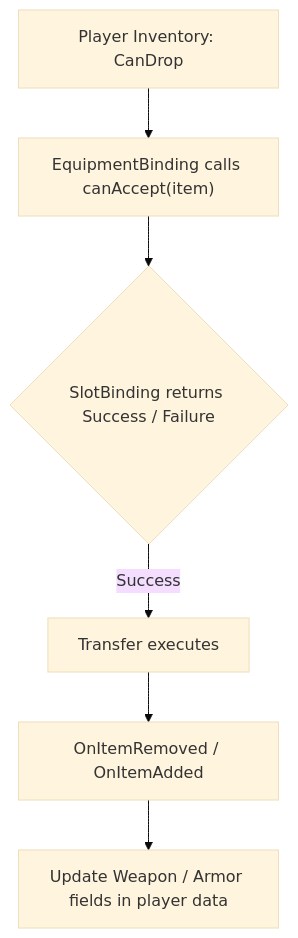
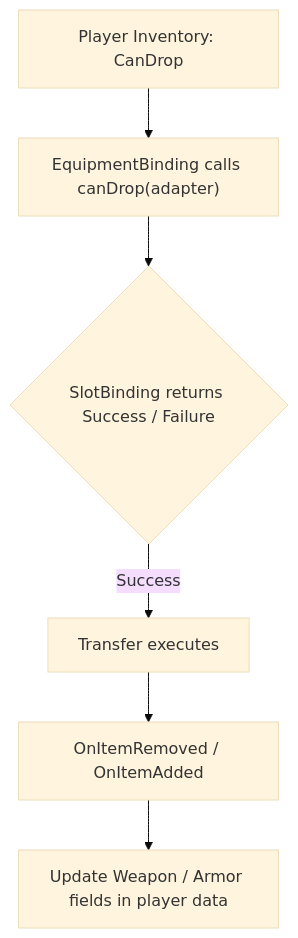
The third of 3 diagrams in .docs/content/examples/equipment.en.md (SergeevSergey99/DragAndDropSystem-Docs), drawn with Mermaid (base theme) before and after one commit. The commit also changed other lines of this file and 15 other files, not shown here.

````diff
--- a/.docs/content/examples/equipment.en.md
+++ b/.docs/content/examples/equipment.en.md
@@ -138,8 +142,8 @@
 ```mermaid
 flowchart TD
-    A["Player Inventory: CanDrop"] --> B["EquipmentBinding calls canAccept(item)"]
+    A["Player Inventory: CanDrop"] --> B["EquipmentBinding calls canDrop(adapter)"]
     B --> C{"SlotBinding returns Success / Failure"}
     C -->|Success| D["Transfer executes"]
     D --> E["OnItemRemoved / OnItemAdded"]
     E --> F["Update Weapon / Armor fields in player data"]
 ```
````
